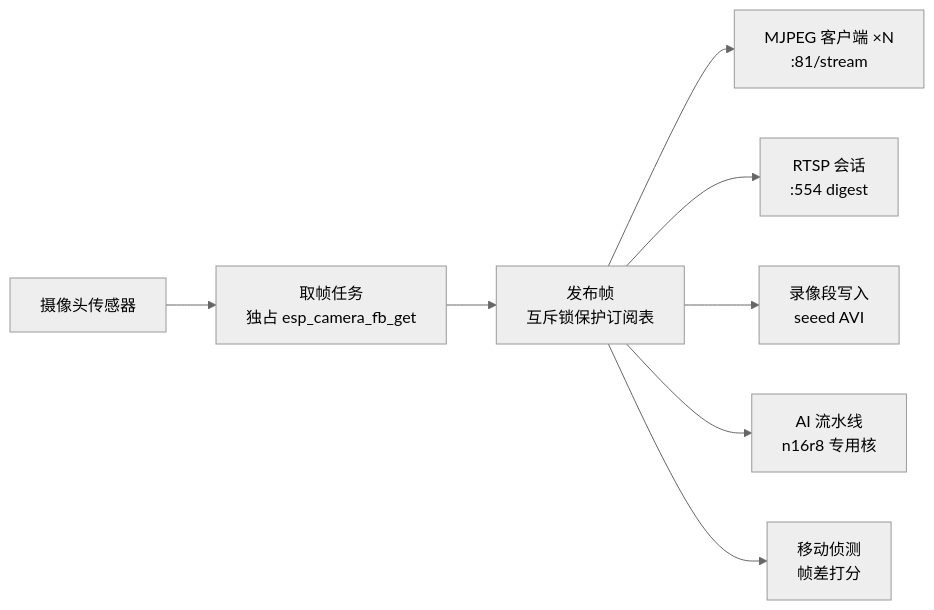
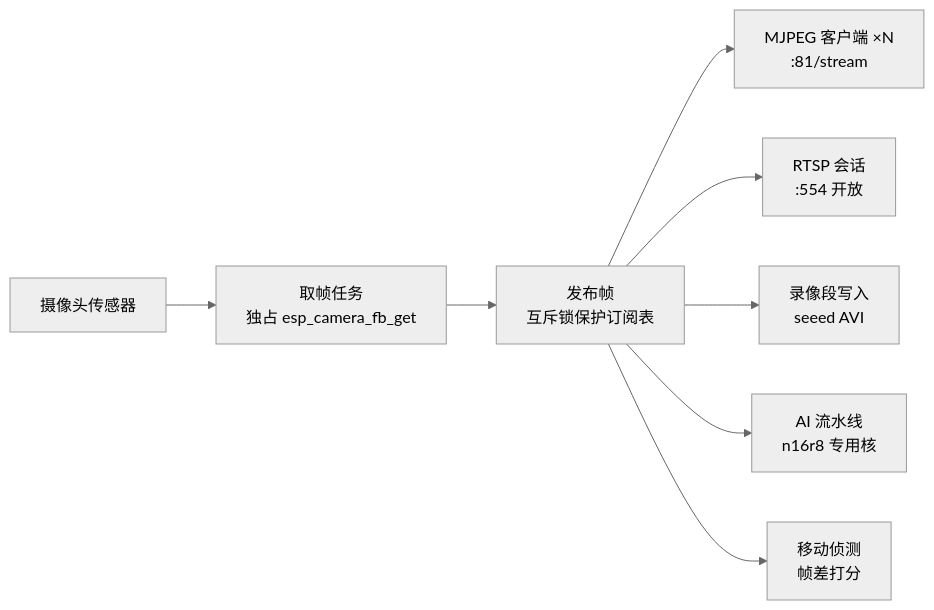
One commit to Mi-Bee-Studio/mibee-docs changed the second of 2 diagrams in mibeecam/zh-CN/espcam-architecture.md. Above: the diagram before and after it, drawn with Mermaid (neutral theme). The commit also changed other lines of this file and 44 other files, not shown here.

````diff
--- a/mibeecam/zh-CN/espcam-architecture.md
+++ b/mibeecam/zh-CN/espcam-architecture.md
@@ -30,10 +30,10 @@
 ```mermaid
 flowchart LR
     SEN[摄像头传感器] --> CAP[取帧任务<br/>独占 esp_camera_fb_get]
     CAP --> PUB[发布帧<br/>互斥锁保护订阅表]
     PUB --> M1[MJPEG 客户端 ×N<br/>:81/stream]
-    PUB --> M2[RTSP 会话<br/>:554 digest]
+    PUB --> M2[RTSP 会话<br/>:554 开放]
     PUB --> M3[录像段写入<br/>seeed AVI]
     PUB --> M4[AI 流水线<br/>n16r8 专用核]
     PUB --> M5[移动侦测<br/>帧差打分]
 ```
````
